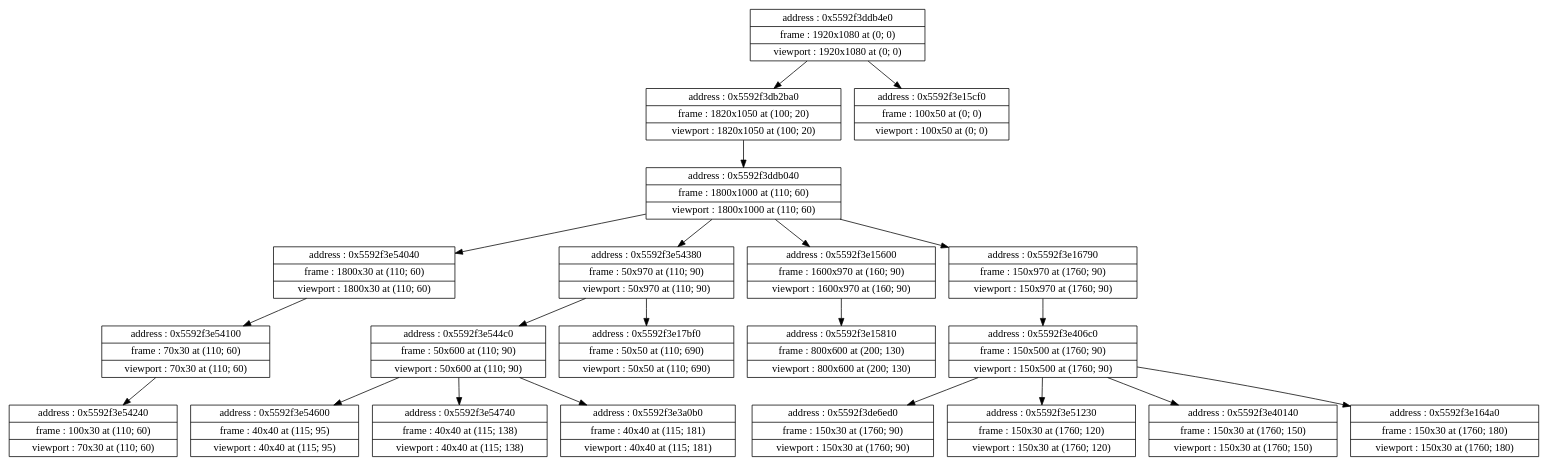
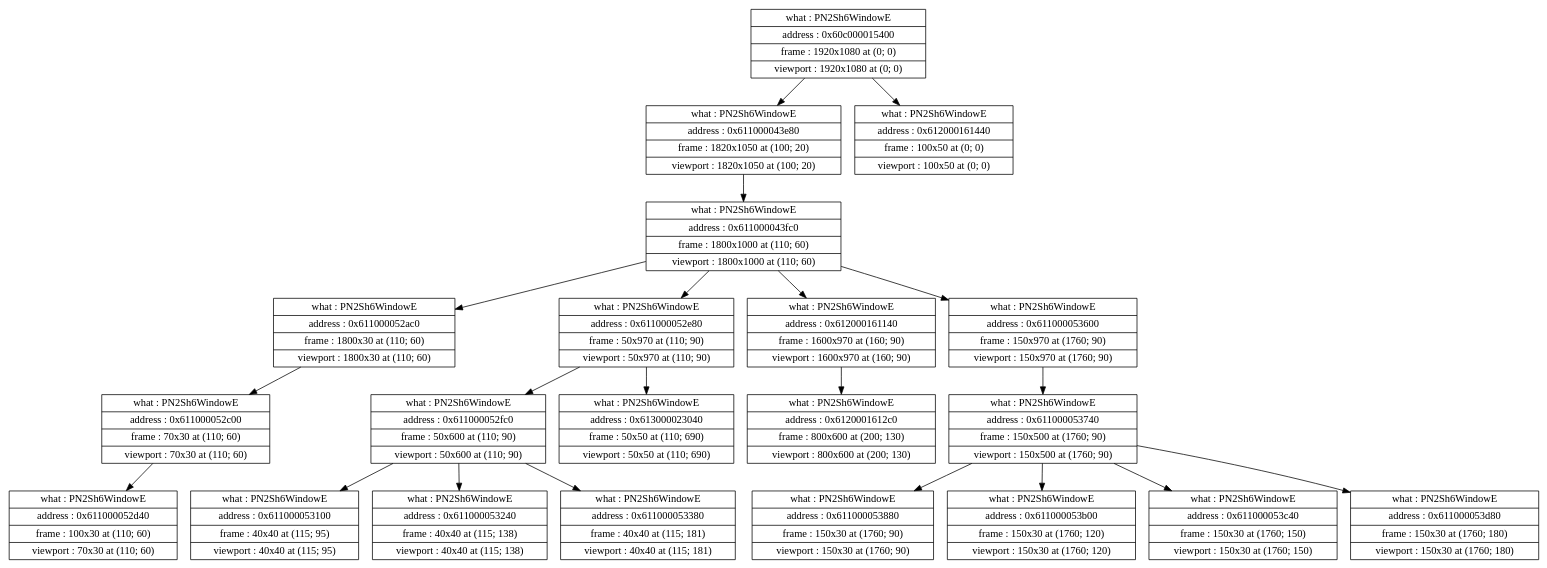
The diagram in assets/layout.dot (Shishqa/YAGE), drawn with Graphviz before and after one commit. The commit also changed 85 other files, not shown here.

```diff
--- a/assets/layout.dot
+++ b/assets/layout.dot
@@ -1,65 +1,65 @@
 digraph {
 	node [shape=record]
-	node0x5592f3ddb4e0 [label = "{address : 0x5592f3ddb4e0 |frame : 1920x1080 at (0; 0) |viewport : 1920x1080 at (0; 0)}"];
+	node0x60c000015400 [label = "{what : PN2Sh6WindowE |address : 0x60c000015400 |frame : 1920x1080 at (0; 0) |viewport : 1920x1080 at (0; 0)}"];
 
-	 node0x5592f3ddb4e0 -> node0x5592f3db2ba0 [color=black];
-	node0x5592f3db2ba0 [label = "{address : 0x5592f3db2ba0 |frame : 1820x1050 at (100; 20) |viewport : 1820x1050 at (100; 20)}"];
+	 node0x60c000015400 -> node0x611000043e80 [color=black];
+	node0x611000043e80 [label = "{what : PN2Sh6WindowE |address : 0x611000043e80 |frame : 1820x1050 at (100; 20) |viewport : 1820x1050 at (100; 20)}"];
 
-	 node0x5592f3db2ba0 -> node0x5592f3ddb040 [color=black];
-	node0x5592f3ddb040 [label = "{address : 0x5592f3ddb040 |frame : 1800x1000 at (110; 60) |viewport : 1800x1000 at (110; 60)}"];
+	 node0x611000043e80 -> node0x611000043fc0 [color=black];
+	node0x611000043fc0 [label = "{what : PN2Sh6WindowE |address : 0x611000043fc0 |frame : 1800x1000 at (110; 60) |viewport : 1800x1000 at (110; 60)}"];
 
-	 node0x5592f3ddb040 -> node0x5592f3e54040 [color=black];
-	node0x5592f3e54040 [label = "{address : 0x5592f3e54040 |frame : 1800x30 at (110; 60) |viewport : 1800x30 at (110; 60)}"];
+	 node0x611000043fc0 -> node0x611000052ac0 [color=black];
+	node0x611000052ac0 [label = "{what : PN2Sh6WindowE |address : 0x611000052ac0 |frame : 1800x30 at (110; 60) |viewport : 1800x30 at (110; 60)}"];
 
-	 node0x5592f3e54040 -> node0x5592f3e54100 [color=black];
-	node0x5592f3e54100 [label = "{address : 0x5592f3e54100 |frame : 70x30 at (110; 60) |viewport : 70x30 at (110; 60)}"];
+	 node0x611000052ac0 -> node0x611000052c00 [color=black];
+	node0x611000052c00 [label = "{what : PN2Sh6WindowE |address : 0x611000052c00 |frame : 70x30 at (110; 60) |viewport : 70x30 at (110; 60)}"];
 
-	 node0x5592f3e54100 -> node0x5592f3e54240 [color=black];
-	node0x5592f3e54240 [label = "{address : 0x5592f3e54240 |frame : 100x30 at (110; 60) |viewport : 70x30 at (110; 60)}"];
+	 node0x611000052c00 -> node0x611000052d40 [color=black];
+	node0x611000052d40 [label = "{what : PN2Sh6WindowE |address : 0x611000052d40 |frame : 100x30 at (110; 60) |viewport : 70x30 at (110; 60)}"];
 
-	 node0x5592f3ddb040 -> node0x5592f3e54380 [color=black];
-	node0x5592f3e54380 [label = "{address : 0x5592f3e54380 |frame : 50x970 at (110; 90) |viewport : 50x970 at (110; 90)}"];
+	 node0x611000043fc0 -> node0x611000052e80 [color=black];
+	node0x611000052e80 [label = "{what : PN2Sh6WindowE |address : 0x611000052e80 |frame : 50x970 at (110; 90) |viewport : 50x970 at (110; 90)}"];
 
-	 node0x5592f3e54380 -> node0x5592f3e544c0 [color=black];
-	node0x5592f3e544c0 [label = "{address : 0x5592f3e544c0 |frame : 50x600 at (110; 90) |viewport : 50x600 at (110; 90)}"];
+	 node0x611000052e80 -> node0x611000052fc0 [color=black];
+	node0x611000052fc0 [label = "{what : PN2Sh6WindowE |address : 0x611000052fc0 |frame : 50x600 at (110; 90) |viewport : 50x600 at (110; 90)}"];
 
-	 node0x5592f3e544c0 -> node0x5592f3e54600 [color=black];
-	node0x5592f3e54600 [label = "{address : 0x5592f3e54600 |frame : 40x40 at (115; 95) |viewport : 40x40 at (115; 95)}"];
+	 node0x611000052fc0 -> node0x611000053100 [color=black];
+	node0x611000053100 [label = "{what : PN2Sh6WindowE |address : 0x611000053100 |frame : 40x40 at (115; 95) |viewport : 40x40 at (115; 95)}"];
 
-	 node0x5592f3e544c0 -> node0x5592f3e54740 [color=black];
-	node0x5592f3e54740 [label = "{address : 0x5592f3e54740 |frame : 40x40 at (115; 138) |viewport : 40x40 at (115; 138)}"];
+	 node0x611000052fc0 -> node0x611000053240 [color=black];
+	node0x611000053240 [label = "{what : PN2Sh6WindowE |address : 0x611000053240 |frame : 40x40 at (115; 138) |viewport : 40x40 at (115; 138)}"];
 
-	 node0x5592f3e544c0 -> node0x5592f3e3a0b0 [color=black];
-	node0x5592f3e3a0b0 [label = "{address : 0x5592f3e3a0b0 |frame : 40x40 at (115; 181) |viewport : 40x40 at (115; 181)}"];
+	 node0x611000052fc0 -> node0x611000053380 [color=black];
+	node0x611000053380 [label = "{what : PN2Sh6WindowE |address : 0x611000053380 |frame : 40x40 at (115; 181) |viewport : 40x40 at (115; 181)}"];
 
-	 node0x5592f3e54380 -> node0x5592f3e17bf0 [color=black];
-	node0x5592f3e17bf0 [label = "{address : 0x5592f3e17bf0 |frame : 50x50 at (110; 690) |viewport : 50x50 at (110; 690)}"];
+	 node0x611000052e80 -> node0x613000023040 [color=black];
+	node0x613000023040 [label = "{what : PN2Sh6WindowE |address : 0x613000023040 |frame : 50x50 at (110; 690) |viewport : 50x50 at (110; 690)}"];
 
-	 node0x5592f3ddb040 -> node0x5592f3e15600 [color=black];
-	node0x5592f3e15600 [label = "{address : 0x5592f3e15600 |frame : 1600x970 at (160; 90) |viewport : 1600x970 at (160; 90)}"];
+	 node0x611000043fc0 -> node0x612000161140 [color=black];
+	node0x612000161140 [label = "{what : PN2Sh6WindowE |address : 0x612000161140 |frame : 1600x970 at (160; 90) |viewport : 1600x970 at (160; 90)}"];
 
-	 node0x5592f3e15600 -> node0x5592f3e15810 [color=black];
-	node0x5592f3e15810 [label = "{address : 0x5592f3e15810 |frame : 800x600 at (200; 130) |viewport : 800x600 at (200; 130)}"];
+	 node0x612000161140 -> node0x6120001612c0 [color=black];
+	node0x6120001612c0 [label = "{what : PN2Sh6WindowE |address : 0x6120001612c0 |frame : 800x600 at (200; 130) |viewport : 800x600 at (200; 130)}"];
 
-	 node0x5592f3ddb040 -> node0x5592f3e16790 [color=black];
-	node0x5592f3e16790 [label = "{address : 0x5592f3e16790 |frame : 150x970 at (1760; 90) |viewport : 150x970 at (1760; 90)}"];
+	 node0x611000043fc0 -> node0x611000053600 [color=black];
+	node0x611000053600 [label = "{what : PN2Sh6WindowE |address : 0x611000053600 |frame : 150x970 at (1760; 90) |viewport : 150x970 at (1760; 90)}"];
 
-	 node0x5592f3e16790 -> node0x5592f3e406c0 [color=black];
-	node0x5592f3e406c0 [label = "{address : 0x5592f3e406c0 |frame : 150x500 at (1760; 90) |viewport : 150x500 at (1760; 90)}"];
+	 node0x611000053600 -> node0x611000053740 [color=black];
+	node0x611000053740 [label = "{what : PN2Sh6WindowE |address : 0x611000053740 |frame : 150x500 at (1760; 90) |viewport : 150x500 at (1760; 90)}"];
 
-	 node0x5592f3e406c0 -> node0x5592f3de6ed0 [color=black];
-	node0x5592f3de6ed0 [label = "{address : 0x5592f3de6ed0 |frame : 150x30 at (1760; 90) |viewport : 150x30 at (1760; 90)}"];
+	 node0x611000053740 -> node0x611000053880 [color=black];
+	node0x611000053880 [label = "{what : PN2Sh6WindowE |address : 0x611000053880 |frame : 150x30 at (1760; 90) |viewport : 150x30 at (1760; 90)}"];
 
-	 node0x5592f3e406c0 -> node0x5592f3e51230 [color=black];
-	node0x5592f3e51230 [label = "{address : 0x5592f3e51230 |frame : 150x30 at (1760; 120) |viewport : 150x30 at (1760; 120)}"];
+	 node0x611000053740 -> node0x611000053b00 [color=black];
+	node0x611000053b00 [label = "{what : PN2Sh6WindowE |address : 0x611000053b00 |frame : 150x30 at (1760; 120) |viewport : 150x30 at (1760; 120)}"];
 
-	 node0x5592f3e406c0 -> node0x5592f3e40140 [color=black];
-	node0x5592f3e40140 [label = "{address : 0x5592f3e40140 |frame : 150x30 at (1760; 150) |viewport : 150x30 at (1760; 150)}"];
+	 node0x611000053740 -> node0x611000053c40 [color=black];
+	node0x611000053c40 [label = "{what : PN2Sh6WindowE |address : 0x611000053c40 |frame : 150x30 at (1760; 150) |viewport : 150x30 at (1760; 150)}"];
 
-	 node0x5592f3e406c0 -> node0x5592f3e164a0 [color=black];
-	node0x5592f3e164a0 [label = "{address : 0x5592f3e164a0 |frame : 150x30 at (1760; 180) |viewport : 150x30 at (1760; 180)}"];
+	 node0x611000053740 -> node0x611000053d80 [color=black];
+	node0x611000053d80 [label = "{what : PN2Sh6WindowE |address : 0x611000053d80 |frame : 150x30 at (1760; 180) |viewport : 150x30 at (1760; 180)}"];
 
-	 node0x5592f3ddb4e0 -> node0x5592f3e15cf0 [color=black];
-	node0x5592f3e15cf0 [label = "{address : 0x5592f3e15cf0 |frame : 100x50 at (0; 0) |viewport : 100x50 at (0; 0)}"];
+	 node0x60c000015400 -> node0x612000161440 [color=black];
+	node0x612000161440 [label = "{what : PN2Sh6WindowE |address : 0x612000161440 |frame : 100x50 at (0; 0) |viewport : 100x50 at (0; 0)}"];
 
 }
```
